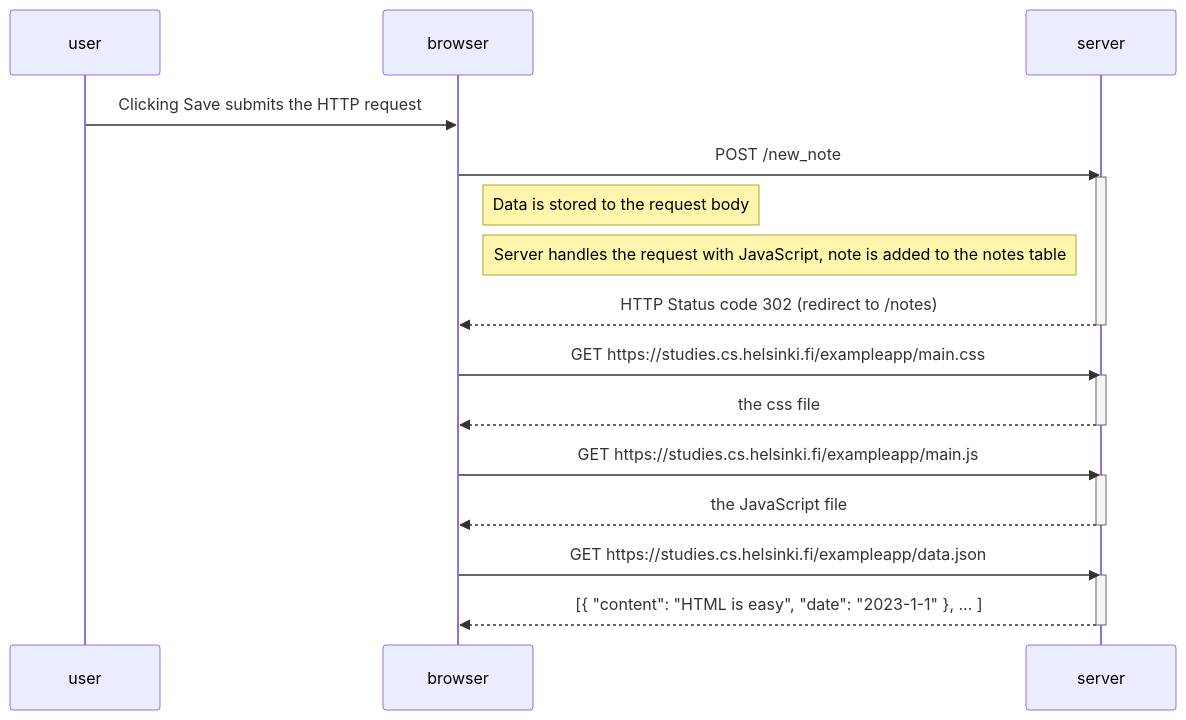
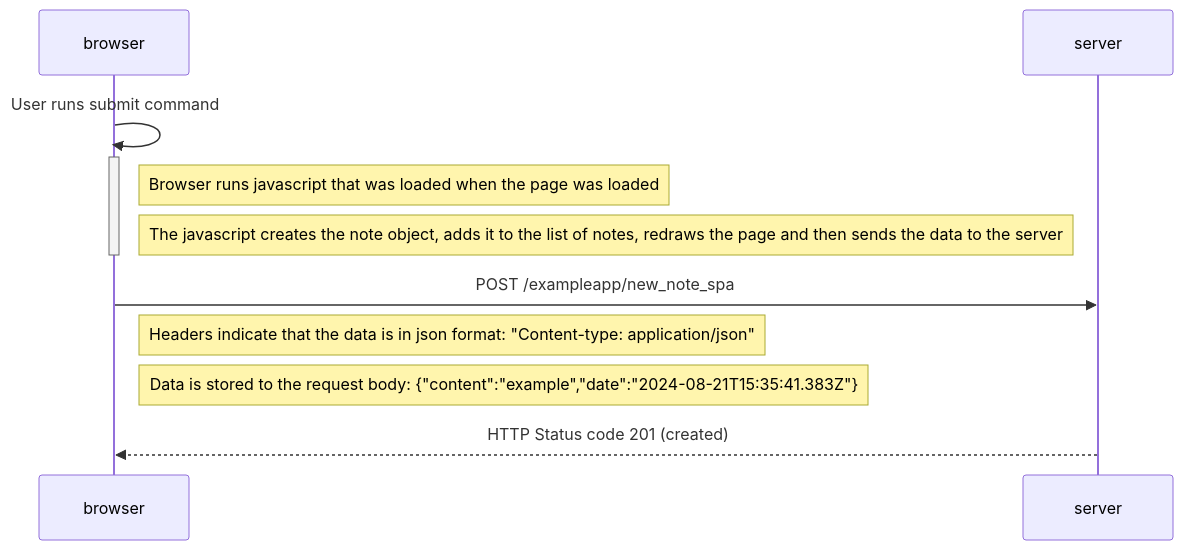
The diagram in osa 0/0_6.md (paukkroa/Full-Stack-Open), drawn with Mermaid before and after one commit.

Commit message:
Updated exercise 0_6

````diff
--- a/osa 0/0_6.md
+++ b/osa 0/0_6.md
@@ -1,33 +1,17 @@
 ```mermaid
 sequenceDiagram
-
-    participant user
     participant browser
     participant server
 
-    user->>browser: Clicking Save submits the HTTP request
+    browser->>browser: User runs submit command
+    activate browser
+    Note right of browser: Browser runs javascript that was loaded when the page was loaded
+    Note right of browser: The javascript creates the note object, adds it to the list of notes, redraws the page and then sends the data to the server
+    deactivate browser
 
-    browser->>server: POST /new_note
-    activate server
-    Note right of browser: Data is stored to the request body
+    browser->>server: POST /exampleapp/new_note_spa
+    Note right of browser: Headers indicate that the data is in json format: "Content-type: application/json"
+    Note right of browser: Data is stored to the request body: {"content":"example","date":"2024-08-21T15:35:41.383Z"}
+    server-->>browser: HTTP Status code 201 (created)
 
-    Note left of server: Server handles the request with JavaScript, note is added to the notes table
-
-    server-->>browser: HTTP Status code 302 (redirect to /notes)
-    deactivate server
-
-    browser->>server: GET https://studies.cs.helsinki.fi/exampleapp/main.css
-    activate server
-    server-->>browser: the css file
-    deactivate server
-    
-    browser->>server: GET https://studies.cs.helsinki.fi/exampleapp/main.js
-    activate server
-    server-->>browser: the JavaScript file
-    deactivate server
-
-    browser->>server: GET https://studies.cs.helsinki.fi/exampleapp/data.json
-    activate server
-    server-->>browser: [{ "content": "HTML is easy", "date": "2023-1-1" }, ... ]
-    deactivate server 
 ```
````
